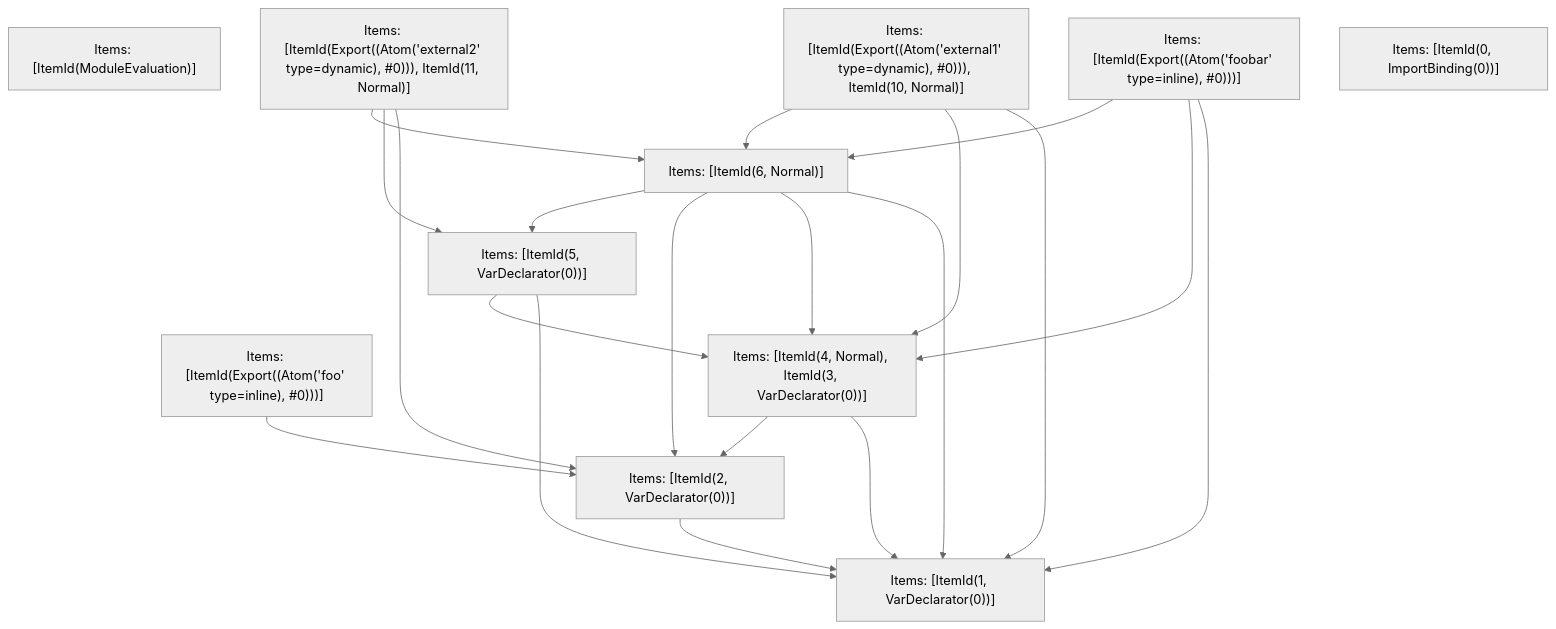
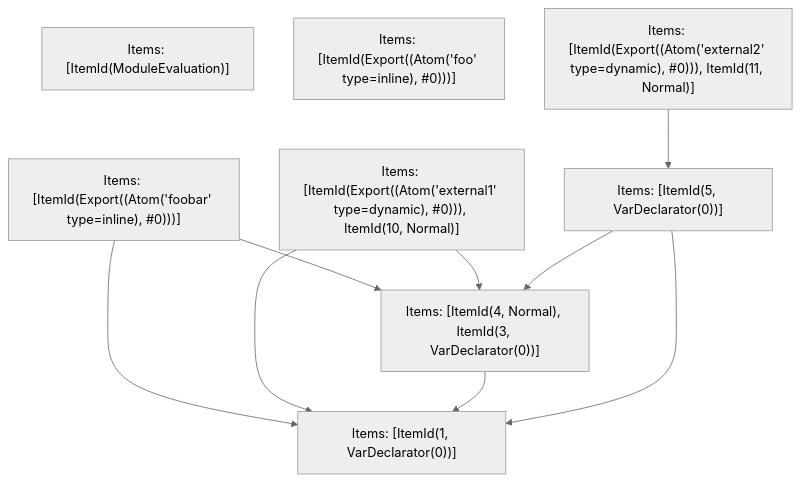
The fifth of 5 diagrams in crates/turbopack-ecmascript/tests/tree-shaker/analyzer/1/output.md (vercel/turborepo), drawn with Mermaid (neutral theme) before and after one commit. The commit also changed other lines of this file and 2 other files, not shown here.

Commit message:
Update test refs

````diff
--- a/crates/turbopack-ecmascript/tests/tree-shaker/analyzer/1/output.md
+++ b/crates/turbopack-ecmascript/tests/tree-shaker/analyzer/1/output.md
@@ -341,33 +341,19 @@
 ```mermaid
 graph TD
     N0["Items: [ItemId(ModuleEvaluation)]"];
     N1["Items: [ItemId(Export((Atom('foobar' type=inline), #0)))]"];
     N2["Items: [ItemId(Export((Atom('foo' type=inline), #0)))]"];
     N3["Items: [ItemId(Export((Atom('external1' type=dynamic), #0))), ItemId(10, Normal)]"];
     N4["Items: [ItemId(Export((Atom('external2' type=dynamic), #0))), ItemId(11, Normal)]"];
-    N5["Items: [ItemId(0, ImportBinding(0))]"];
-    N6["Items: [ItemId(1, VarDeclarator(0))]"];
-    N7["Items: [ItemId(2, VarDeclarator(0))]"];
-    N8["Items: [ItemId(4, Normal), ItemId(3, VarDeclarator(0))]"];
-    N9["Items: [ItemId(5, VarDeclarator(0))]"];
-    N10["Items: [ItemId(6, Normal)]"];
+    N5["Items: [ItemId(1, VarDeclarator(0))]"];
+    N6["Items: [ItemId(4, Normal), ItemId(3, VarDeclarator(0))]"];
+    N7["Items: [ItemId(5, VarDeclarator(0))]"];
+    N1 --> N5;
     N1 --> N6;
-    N1 --> N8;
-    N1 --> N10;
-    N2 --> N7;
+    N3 --> N5;
     N3 --> N6;
-    N3 --> N8;
-    N3 --> N10;
     N4 --> N7;
-    N4 --> N9;
-    N4 --> N10;
+    N6 --> N5;
+    N7 --> N5;
     N7 --> N6;
-    N8 --> N6;
-    N8 --> N7;
-    N9 --> N6;
-    N9 --> N8;
-    N10 --> N6;
-    N10 --> N8;
-    N10 --> N7;
-    N10 --> N9;
 ```
````
